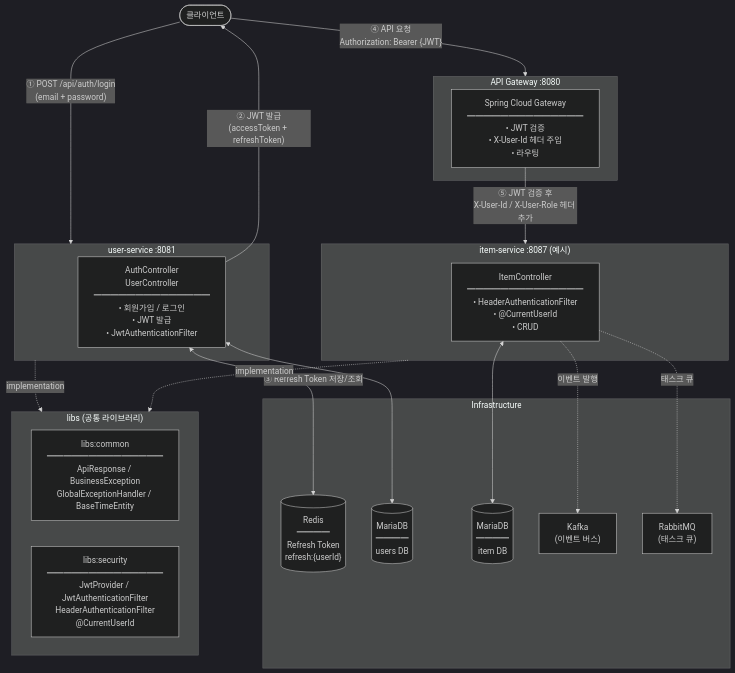
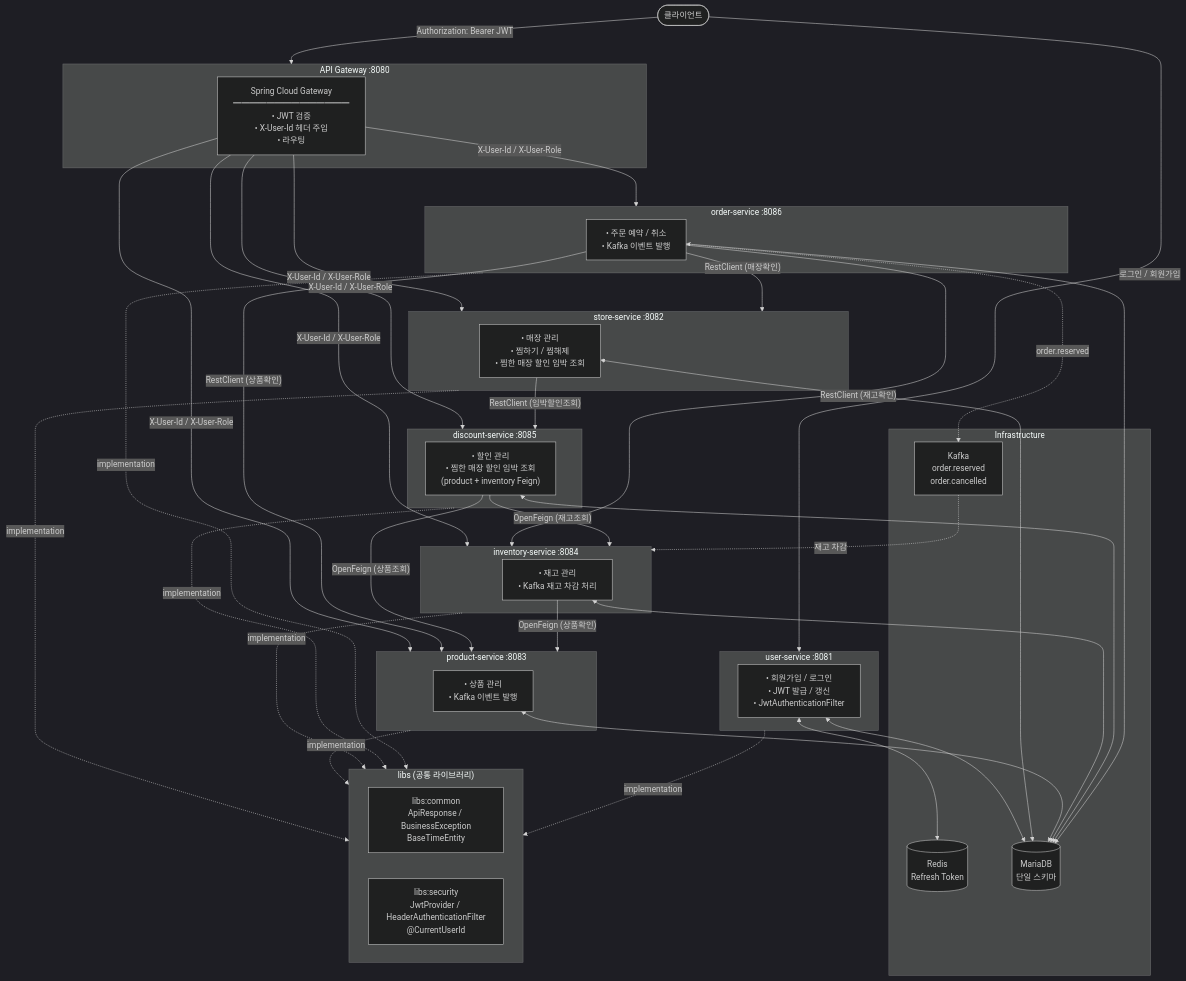
One commit to wlguss/BARI_backend changed the diagram in README.md. Above: the diagram before and after it, drawn with Mermaid (dark theme). The commit also changed other lines of this file, not shown here.

````diff
--- a/README.md
+++ b/README.md
@@ -451,50 +434,82 @@
 ```mermaid
 flowchart TB
     Client(["클라이언트"])
 
     subgraph Gateway["API Gateway :8080"]
         GW["Spring Cloud Gateway\n━━━━━━━━━━━━━━\n• JWT 검증\n• X-User-Id 헤더 주입\n• 라우팅"]
     end
 
     subgraph UserSvc["user-service :8081"]
-        US["AuthController\nUserController\n━━━━━━━━━━━━━━\n• 회원가입 / 로그인\n• JWT 발급\n• JwtAuthenticationFilter"]
+        US["• 회원가입 / 로그인\n• JWT 발급 / 갱신\n• JwtAuthenticationFilter"]
     end
 
-    subgraph ItemSvc["item-service :8087 (예시)"]
-        IS["ItemController\n━━━━━━━━━━━━━━\n• HeaderAuthenticationFilter\n• @CurrentUserId\n• CRUD"]
+    subgraph StoreSvc["store-service :8082"]
+        SS["• 매장 관리\n• 찜하기 / 찜해제\n• 찜한 매장 할인 임박 조회"]
+    end
+
+    subgraph ProductSvc["product-service :8083"]
+        PS["• 상품 관리\n• Kafka 이벤트 발행"]
+    end
+
+    subgraph InventorySvc["inventory-service :8084"]
+        IS["• 재고 관리\n• Kafka 재고 차감 처리"]
+    end
+
+    subgraph DiscountSvc["discount-service :8085"]
+        DS["• 할인 관리\n• 찜한 매장 할인 임박 조회\n(product + inventory Feign)"]
+    end
+
+    subgraph OrderSvc["order-service :8086"]
+        OS["• 주문 예약 / 취소\n• Kafka 이벤트 발행"]
     end
 
     subgraph Infra["Infrastructure"]
-        Redis[("Redis\n━━━━\nRefresh Token\nrefresh:{userId}")]
-        DB1[("MariaDB\n━━━━\nusers DB")]
-        DB2[("MariaDB\n━━━━\nitem DB")]
-        Kafka["Kafka\n(이벤트 버스)"]
-        Rabbit["RabbitMQ\n(태스크 큐)"]
+        Redis[("Redis\nRefresh Token")]
+        DB[("MariaDB\n단일 스키마")]
+        Kafka["Kafka\norder.reserved\norder.cancelled"]
     end
 
     subgraph Libs["libs (공통 라이브러리)"]
-        Common["libs:common\n━━━━━━━━━━━━━━\nApiResponse / BusinessException\nGlobalExceptionHandler / BaseTimeEntity"]
-        Security["libs:security\n━━━━━━━━━━━━━━\nJwtProvider / JwtAuthenticationFilter\nHeaderAuthenticationFilter\n@CurrentUserId"]
+        Common["libs:common\nApiResponse / BusinessException\nBaseTimeEntity"]
+        Security["libs:security\nJwtProvider / HeaderAuthenticationFilter\n@CurrentUserId"]
     end
 
-    %% 로그인 흐름
-    Client -->|"① POST /api/auth/login\n(email + password)"| UserSvc
-    US -->|"② JWT 발급\n(accessToken + refreshToken)"| Client
-    US <-->|"③ Refresh Token 저장/조회"| Redis
+    %% 외부 요청 흐름
+    Client -->|"Authorization: Bearer JWT"| Gateway
+    GW -->|"X-User-Id / X-User-Role"| StoreSvc
+    GW -->|"X-User-Id / X-User-Role"| ProductSvc
+    GW -->|"X-User-Id / X-User-Role"| InventorySvc
+    GW -->|"X-User-Id / X-User-Role"| DiscountSvc
+    GW -->|"X-User-Id / X-User-Role"| OrderSvc
+    Client -->|"로그인 / 회원가입"| UserSvc
 
-    %% 일반 API 흐름
-    Client -->|"④ API 요청\nAuthorization: Bearer {JWT}"| Gateway
-    GW -->|"⑤ JWT 검증 후\nX-User-Id / X-User-Role 헤더 추가"| ItemSvc
+    %% 서비스 간 동기 통신
+    OS -->|"RestClient (재고확인)"| InventorySvc
+    OS -->|"RestClient (상품확인)"| ProductSvc
+    OS -->|"RestClient (매장확인)"| StoreSvc
+    SS -->|"RestClient (임박할인조회)"| DiscountSvc
+    DS -->|"OpenFeign (재고조회)"| InventorySvc
+    DS -->|"OpenFeign (상품조회)"| ProductSvc
+    IS -->|"OpenFeign (상품확인)"| ProductSvc
 
-    %% DB 연결
-    US <--> DB1
-    IS <--> DB2
+    %% Kafka 비동기
+    OS -.->|"order.reserved"| Kafka
+    Kafka -.->|"재고 차감"| InventorySvc
 
-    %% 메시지 브로커 (점선)
-    IS -.->|"이벤트 발행"| Kafka
-    IS -.->|"태스크 큐"| Rabbit
+    %% 인프라 연결
+    US <--> Redis
+    US <--> DB
+    SS <--> DB
+    PS <--> DB
+    IS <--> DB
+    DS <--> DB
+    OS <--> DB
 
     %% libs 의존
+    StoreSvc -. "implementation" .-> Libs
+    ProductSvc -. "implementation" .-> Libs
+    InventorySvc -. "implementation" .-> Libs
+    DiscountSvc -. "implementation" .-> Libs
+    OrderSvc -. "implementation" .-> Libs
     UserSvc -. "implementation" .-> Libs
-    ItemSvc -. "implementation" .-> Libs
 ```
````
